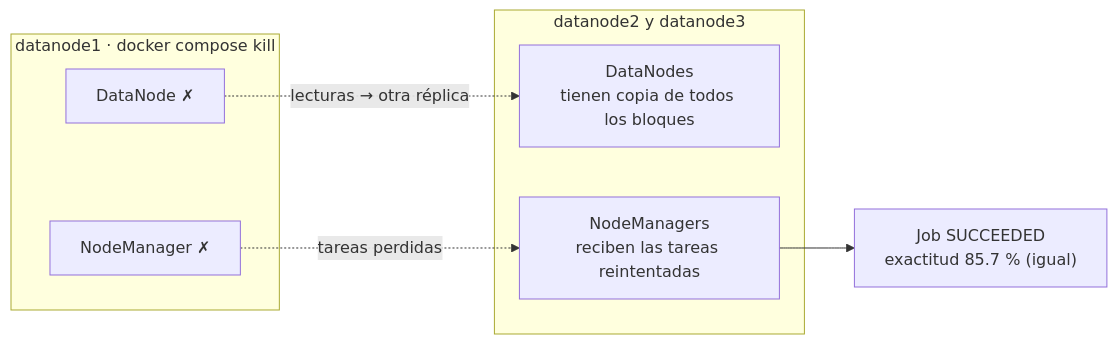
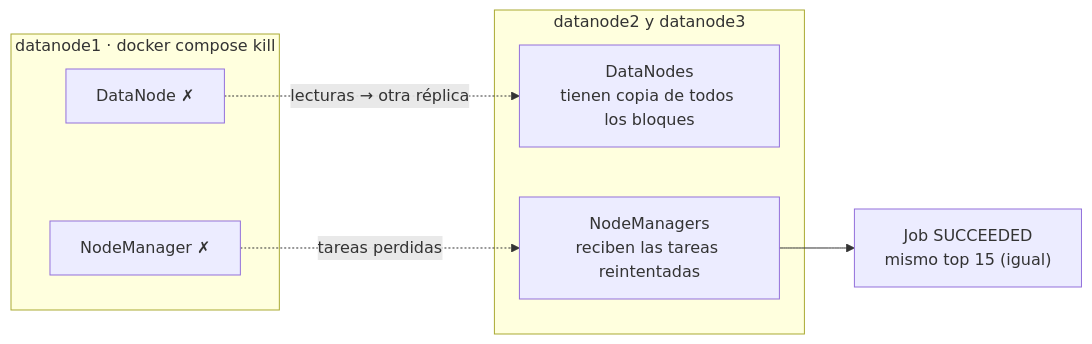
One commit to xulian03/HDFS-practica changed the seventh of 8 diagrams in docs/sustentacion.md. Above: the diagram before and after it, drawn with Mermaid. The commit also changed other lines of this file and 17 other files, not shown here.

````diff
--- a/docs/sustentacion.md
+++ b/docs/sustentacion.md
@@ -677,15 +661,15 @@
 ```mermaid
 flowchart LR
     subgraph X["datanode1 · docker compose kill"]
         DN1["DataNode ✗"]
         NM1["NodeManager ✗"]
     end
     subgraph OK["datanode2 y datanode3"]
         DN23["DataNodes<br/>tienen copia de todos los bloques"]
         NM23["NodeManagers<br/>reciben las tareas reintentadas"]
     end
 
     NM1 -. "tareas perdidas" .-> NM23
     DN1 -. "lecturas → otra réplica" .-> DN23
-    NM23 --> R["Job SUCCEEDED<br/>exactitud 85.7 % (igual)"]
+    NM23 --> R["Job SUCCEEDED<br/>mismo top 15 (igual)"]
 ```
````
